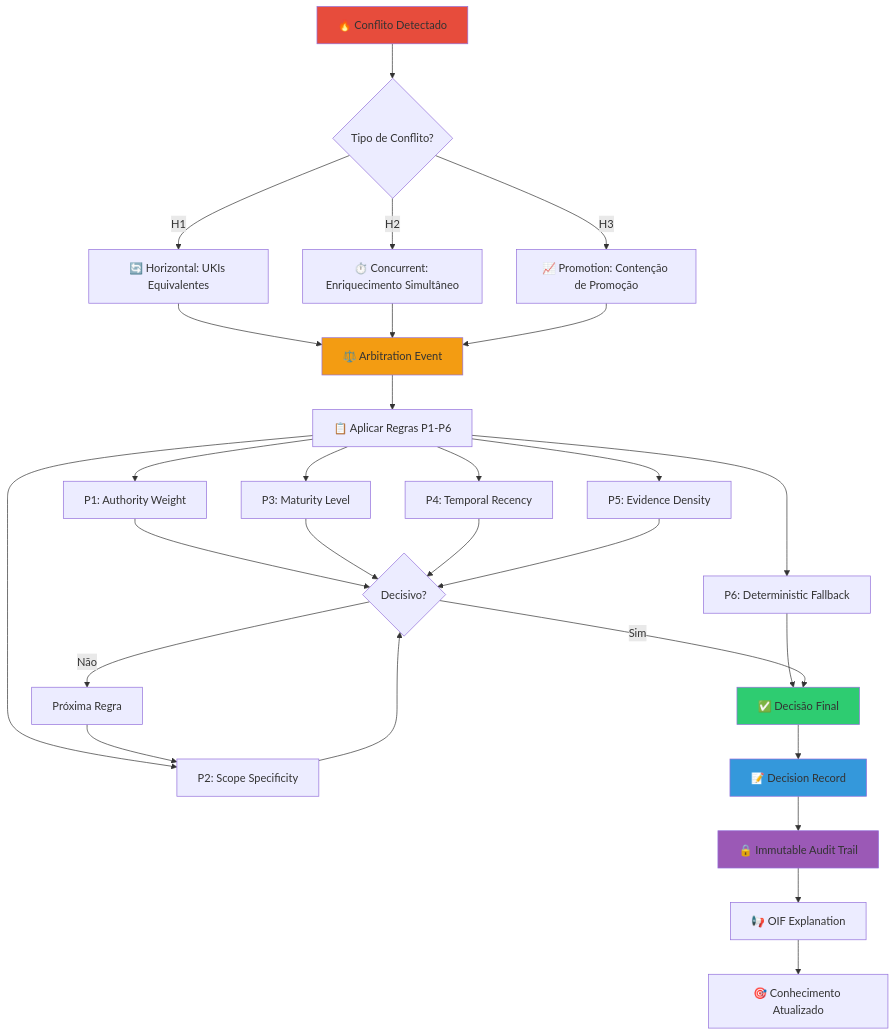
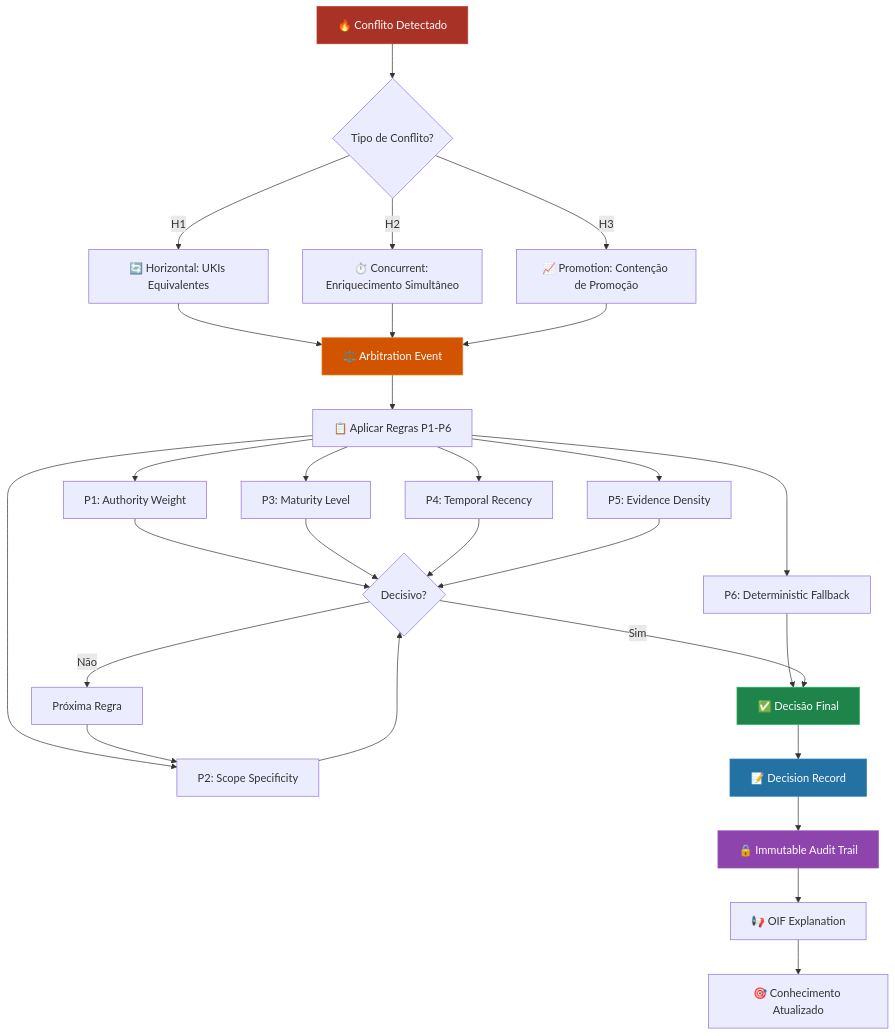
The second of 3 diagrams in content/pt/docs/examples/conceptual-roadmaps.md (casheiro/matrix-protocol), drawn with Mermaid before and after one commit. The commit also changed other lines of this file and 36 other files, not shown here.

````diff
--- a/content/pt/docs/examples/conceptual-roadmaps.md
+++ b/content/pt/docs/examples/conceptual-roadmaps.md
@@ -103,43 +104,44 @@
 ```mermaid
 graph TD
     A[🔥 Conflito Detectado] --> B{Tipo de Conflito?}
     
     B -->|H1| C[🔄 Horizontal: UKIs Equivalentes]
     B -->|H2| D[⏱️ Concurrent: Enriquecimento Simultâneo]
     B -->|H3| E[📈 Promotion: Contenção de Promoção]
     
     C --> F[⚖️ Arbitration Event]
     D --> F
     E --> F
     
     F --> G[📋 Aplicar Regras P1-P6]
     
     G --> G1[P1: Authority Weight]
     G --> G2[P2: Scope Specificity]
     G --> G3[P3: Maturity Level]
     G --> G4[P4: Temporal Recency]
     G --> G5[P5: Evidence Density]
     G --> G6[P6: Deterministic Fallback]
     
     G1 --> H{Decisivo?}
     G2 --> H
     G3 --> H
     G4 --> H
     G5 --> H
     G6 --> I[✅ Decisão Final]
     
     H -->|Sim| I
     H -->|Não| J[Próxima Regra]
     J --> G2
     
     I --> K[📝 Decision Record]
     K --> L[🔒 Immutable Audit Trail]
     L --> M[📢 OIF Explanation]
     M --> N[🎯 Conhecimento Atualizado]
     
-    style A fill:#e74c3c
-    style F fill:#f39c12
-    style I fill:#2ecc71
-    style K fill:#3498db
-    style L fill:#9b59b6
+    %% Ciclo de vida do conhecimento
+    style A fill:#A93226,stroke:#C0392B,color:#fff
+    style F fill:#D35400,stroke:#E67E22,color:#fff
+    style I fill:#1E8449,stroke:#27AE60,color:#fff
+    style K fill:#2471A3,stroke:#2980B9,color:#fff
+    style L fill:#8E44AD,stroke:#9B59B6,color:#fff
 ```
````
